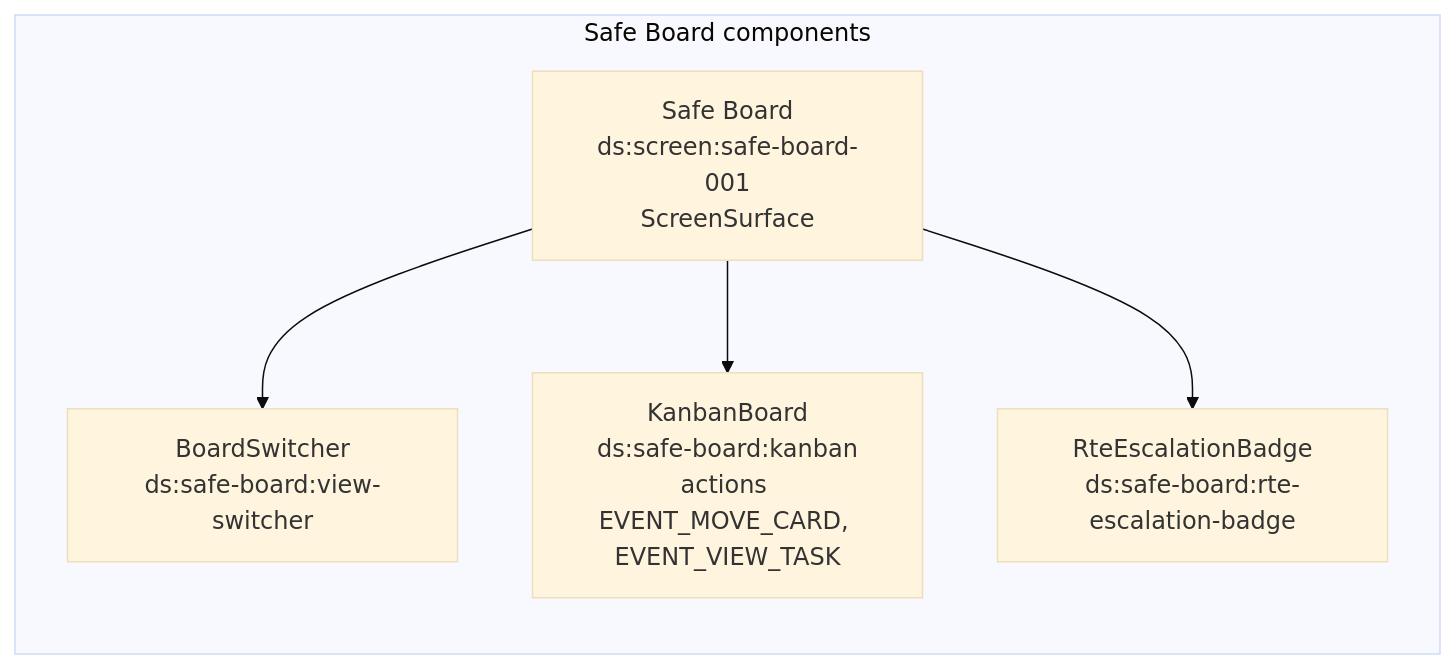
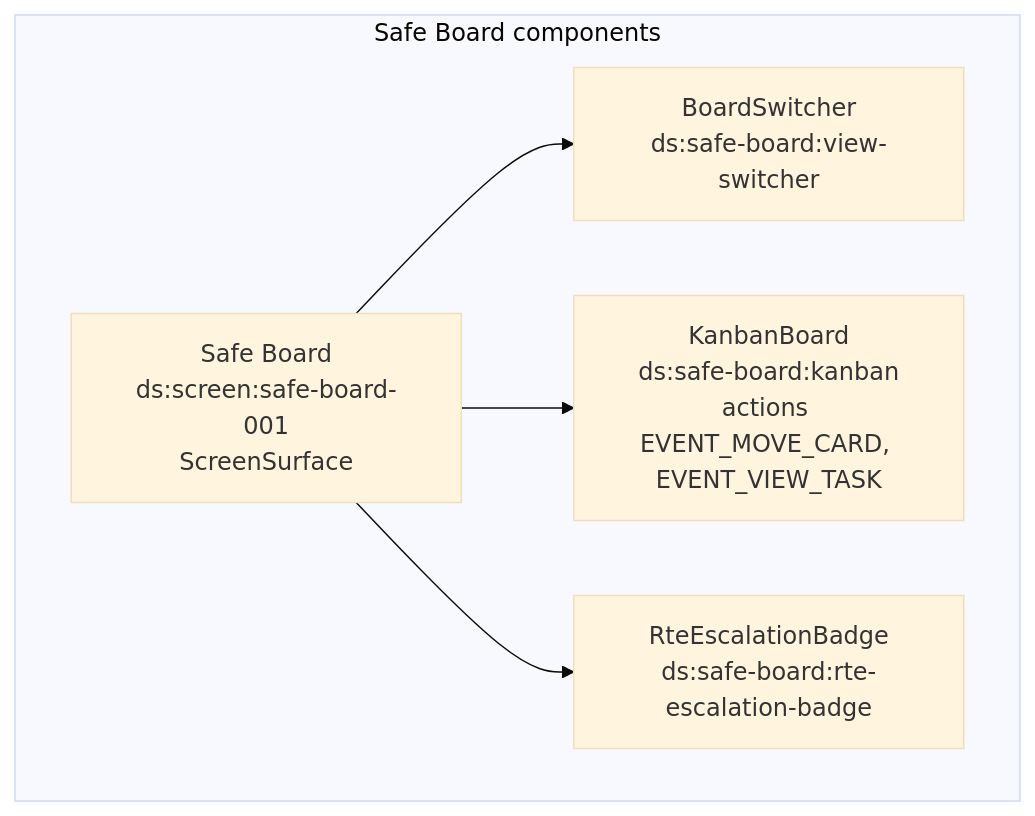
Before and after one commit to duyhunghd6/gmind: the third of 46 diagrams in docs/design/contracts/webui-and-pm-workspace/review-diagrams.md, drawn with Mermaid (base theme). The commit also changed other lines of this file and 6 other files, not shown here.

First line of the commit message:
docs(contracts): commit Stage 1 contracts and review diagrams for WebUI PM Workspace

````diff
--- a/docs/design/contracts/webui-and-pm-workspace/review-diagrams.md
+++ b/docs/design/contracts/webui-and-pm-workspace/review-diagrams.md
@@ -87,13 +86,12 @@
 ```mermaid
 flowchart TD
     subgraph sg_screen_safe_board ["Safe Board components"]
-        direction TD
         n_ds_screen_safe_board_001["Safe Board<br/>ds:screen:safe-board-001<br/>ScreenSurface"]
         n_ds_safe_board_view_switcher["BoardSwitcher<br/>ds:safe-board:view-switcher"]
         n_ds_screen_safe_board_001 --> n_ds_safe_board_view_switcher
         n_ds_safe_board_kanban["KanbanBoard<br/>ds:safe-board:kanban<br/>actions EVENT_MOVE_CARD, EVENT_VIEW_TASK"]
         n_ds_screen_safe_board_001 --> n_ds_safe_board_kanban
         n_ds_safe_board_rte_escalation_badge["RteEscalationBadge<br/>ds:safe-board:rte-escalation-badge"]
         n_ds_screen_safe_board_001 --> n_ds_safe_board_rte_escalation_badge
     end
 ```
````
